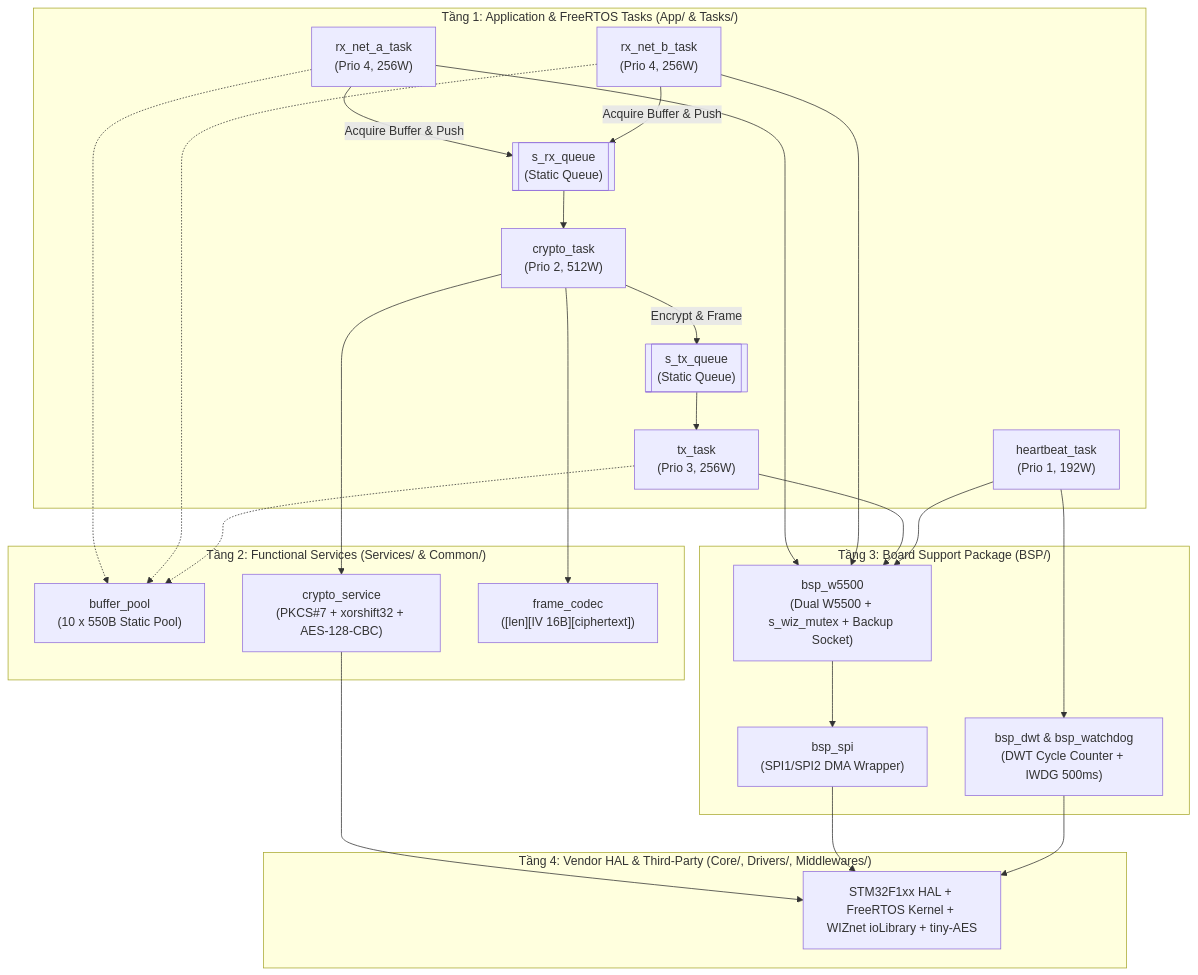
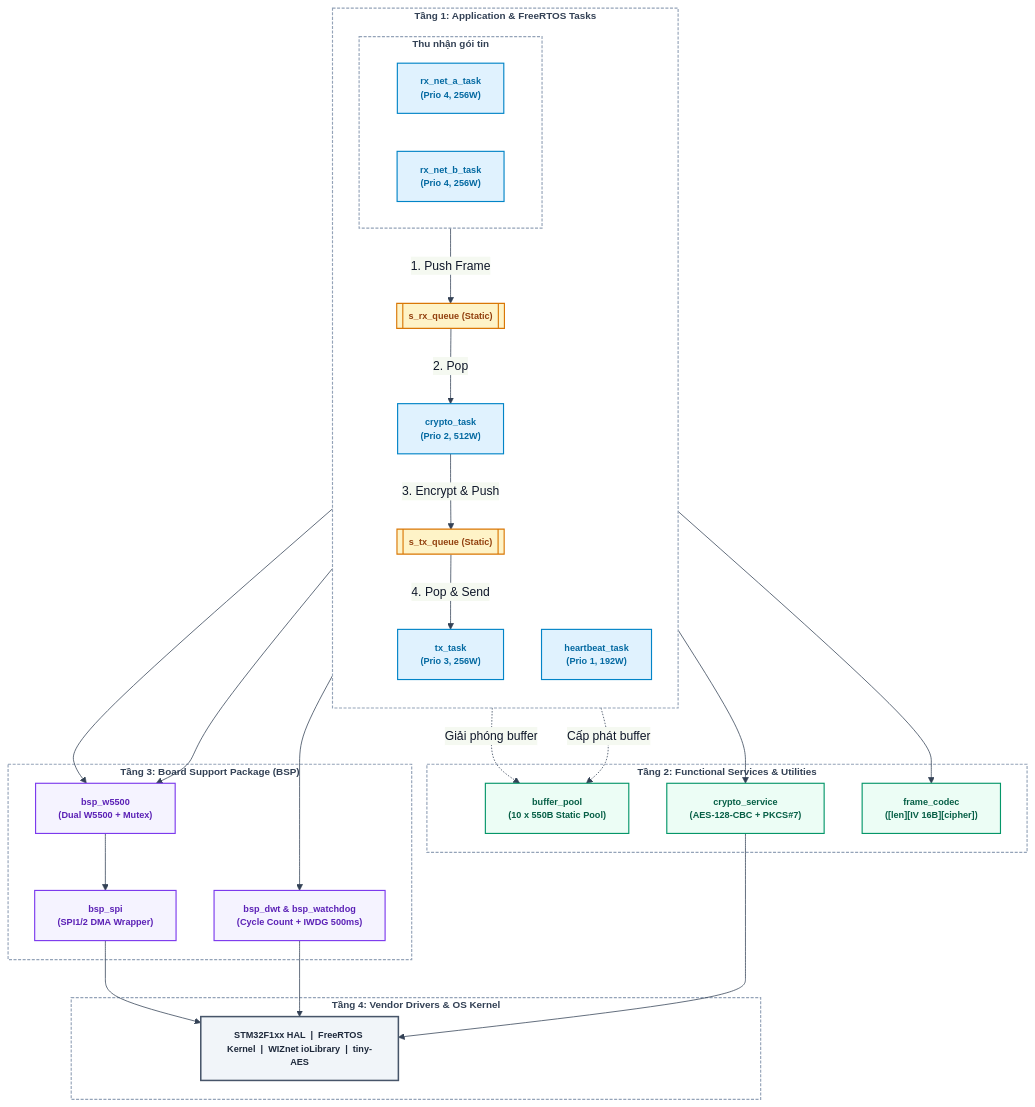
One commit to Draconic211/Secure_Gateway_AES128_STM32 changed the second of 2 diagrams in README.md. Above: the diagram before and after it, drawn with Mermaid. The commit also changed other lines of this file, not shown here.

````diff
--- a/README.md
+++ b/README.md
@@ -36,39 +43,64 @@
 ```mermaid
+%%{init: {'theme': 'base', 'themeVariables': { 'primaryColor': '#F1F5F9', 'primaryBorderColor': '#64748B', 'primaryTextColor': '#0F172A', 'lineColor': '#334155', 'tertiaryColor': '#FFFFFF'}}}%%
 flowchart TB
-    subgraph L1["Tầng 1: Application & FreeRTOS Tasks (App/ & Tasks/)"]
-        RXA["rx_net_a_task<br/>(Prio 4, 256W)"]
-        RXB["rx_net_b_task<br/>(Prio 4, 256W)"]
-        Q_RX[["s_rx_queue<br/>(Static Queue)"]]
+    classDef taskNode fill:#E0F2FE,stroke:#0284C7,stroke-width:1.5px,color:#0369A1,font-weight:600,font-size:12px;
+    classDef queueNode fill:#FEF3C7,stroke:#D97706,stroke-width:1.5px,color:#92400E,font-weight:600,font-size:12px;
+    classDef srvNode fill:#ECFDF5,stroke:#059669,stroke-width:1.5px,color:#065F46,font-weight:600,font-size:12px;
+    classDef bspNode fill:#F5F3FF,stroke:#7C3AED,stroke-width:1.5px,color:#5B21B6,font-weight:600,font-size:12px;
+    classDef halNode fill:#F1F5F9,stroke:#475569,stroke-width:2px,color:#1E293B,font-weight:bold,font-size:12px;
+    classDef groupTitle fill:#FFFFFF,stroke:#94A3B8,stroke-width:1.5px,stroke-dasharray: 4 2,color:#334155,font-weight:bold,font-size:13px;
+
+    subgraph L1["Tầng 1: Application & FreeRTOS Tasks"]
+        direction TB
+        subgraph INGRESS["Thu nhận gói tin"]
+            RXA["rx_net_a_task<br/>(Prio 4, 256W)"]
+            RXB["rx_net_b_task<br/>(Prio 4, 256W)"]
+        end
+        Q_RX[["s_rx_queue (Static)"]]
         CRYPTO["crypto_task<br/>(Prio 2, 512W)"]
-        Q_TX[["s_tx_queue<br/>(Static Queue)"]]
+        Q_TX[["s_tx_queue (Static)"]]
         TX["tx_task<br/>(Prio 3, 256W)"]
         HB["heartbeat_task<br/>(Prio 1, 192W)"]
     end
 
-    subgraph L2["Tầng 2: Functional Services (Services/ & Common/)"]
+    subgraph L2["Tầng 2: Functional Services & Utilities"]
         POOL["buffer_pool<br/>(10 x 550B Static Pool)"]
-        CS["crypto_service<br/>(PKCS#7 + xorshift32 + AES-128-CBC)"]
-        CODEC["frame_codec<br/>([len][IV 16B][ciphertext])"]
+        CS["crypto_service<br/>(AES-128-CBC + PKCS#7)"]
+        CODEC["frame_codec<br/>([len][IV 16B][cipher])"]
     end
 
-    subgraph L3["Tầng 3: Board Support Package (BSP/)"]
-        WIZ["bsp_w5500<br/>(Dual W5500 + s_wiz_mutex + Backup Socket)"]
-        SPI["bsp_spi<br/>(SPI1/SPI2 DMA Wrapper)"]
-        DIAG["bsp_dwt & bsp_watchdog<br/>(DWT Cycle Counter + IWDG 500ms)"]
+    subgraph L3["Tầng 3: Board Support Package (BSP)"]
+        WIZ["bsp_w5500<br/>(Dual W5500 + Mutex)"]
+        SPI["bsp_spi<br/>(SPI1/2 DMA Wrapper)"]
+        DIAG["bsp_dwt & bsp_watchdog<br/>(Cycle Count + IWDG 500ms)"]
     end
 
-    subgraph L4["Tầng 4: Vendor HAL & Third-Party (Core/, Drivers/, Middlewares/)"]
-        HAL["STM32F1xx HAL + FreeRTOS Kernel + WIZnet ioLibrary + tiny-AES"]
+    subgraph L4["Tầng 4: Vendor Drivers & OS Kernel"]
+        HAL["STM32F1xx HAL  |  FreeRTOS Kernel  |  WIZnet ioLibrary  |  tiny-AES"]
     end
 
-    RXA & RXB -->|"Acquire Buffer & Push"| Q_RX
-    Q_RX --> CRYPTO
-    CRYPTO -->|"Encrypt & Frame"| Q_TX
-    Q_TX --> TX
-    RXA & RXB & TX -.-> POOL
-    CRYPTO --> CS & CODEC
-    RXA & RXB & TX & HB --> WIZ
+    %% Luồng xử lý dữ liệu chính (Main Pipeline)
+    INGRESS -->|"1. Push Frame"| Q_RX
+    Q_RX -->|"2. Pop"| CRYPTO
+    CRYPTO -->|"3. Encrypt & Push"| Q_TX
+    Q_TX -->|"4. Pop & Send"| TX
+
+    %% Gọi tầng Services
+    CRYPTO --> CS
+    CRYPTO --> CODEC
+    INGRESS -.->|"Cấp phát buffer"| POOL
+    TX -.->|"Giải phóng buffer"| POOL
+
+    %% Giao tiếp ngoại vi (BSP & Hardware)
+    INGRESS & TX --> WIZ
     HB --> DIAG
     WIZ --> SPI
-    CS & SPI & DIAG --> HAL
+    SPI & DIAG & CS --> HAL
+
+    class RXA,RXB,CRYPTO,TX,HB taskNode;
+    class Q_RX,Q_TX queueNode;
+    class POOL,CS,CODEC srvNode;
+    class WIZ,SPI,DIAG bspNode;
+    class HAL halNode;
+    class L1,L2,L3,L4,INGRESS groupTitle;
 ```
````
